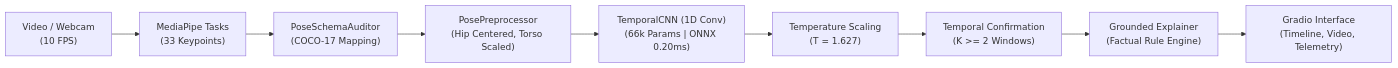
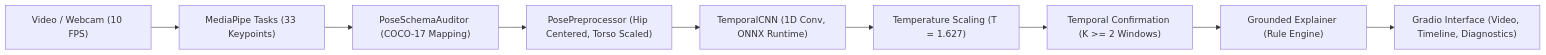
The diagram in README.md (Madhumasa84/VisionGuard), drawn with Mermaid before and after one commit. The commit also changed other lines of this file and 6 other files, not shown here.

````diff
--- a/README.md
+++ b/README.md
@@ -41,11 +37,11 @@
 ```mermaid
 flowchart LR
-    A["Video / Webcam<br>(10 FPS)"] --> B["MediaPipe Tasks<br>(33 Keypoints)"]
-    B --> C["PoseSchemaAuditor<br>(COCO-17 Mapping)"]
-    C --> D["PosePreprocessor<br>(Hip Centered, Torso Scaled)"]
-    D --> E["TemporalCNN (1D Conv)<br>(66k Params | ONNX 0.20ms)"]
-    E --> F["Temperature Scaling<br>(T = 1.627)"]
-    F --> G["Temporal Confirmation<br>(K >= 2 Windows)"]
-    G --> H["Grounded Explainer<br>(Factual Rule Engine)"]
-    H --> I["Gradio Interface<br>(Timeline, Video, Telemetry)"]
+    A["Video / Webcam (10 FPS)"] --> B["MediaPipe Tasks (33 Keypoints)"]
+    B --> C["PoseSchemaAuditor (COCO-17 Mapping)"]
+    C --> D["PosePreprocessor (Hip Centered, Torso Scaled)"]
+    D --> E["TemporalCNN (1D Conv, ONNX Runtime)"]
+    E --> F["Temperature Scaling (T = 1.627)"]
+    F --> G["Temporal Confirmation (K >= 2 Windows)"]
+    G --> H["Grounded Explainer (Rule Engine)"]
+    H --> I["Gradio Interface (Video, Timeline, Diagnostics)"]
 ```
````
